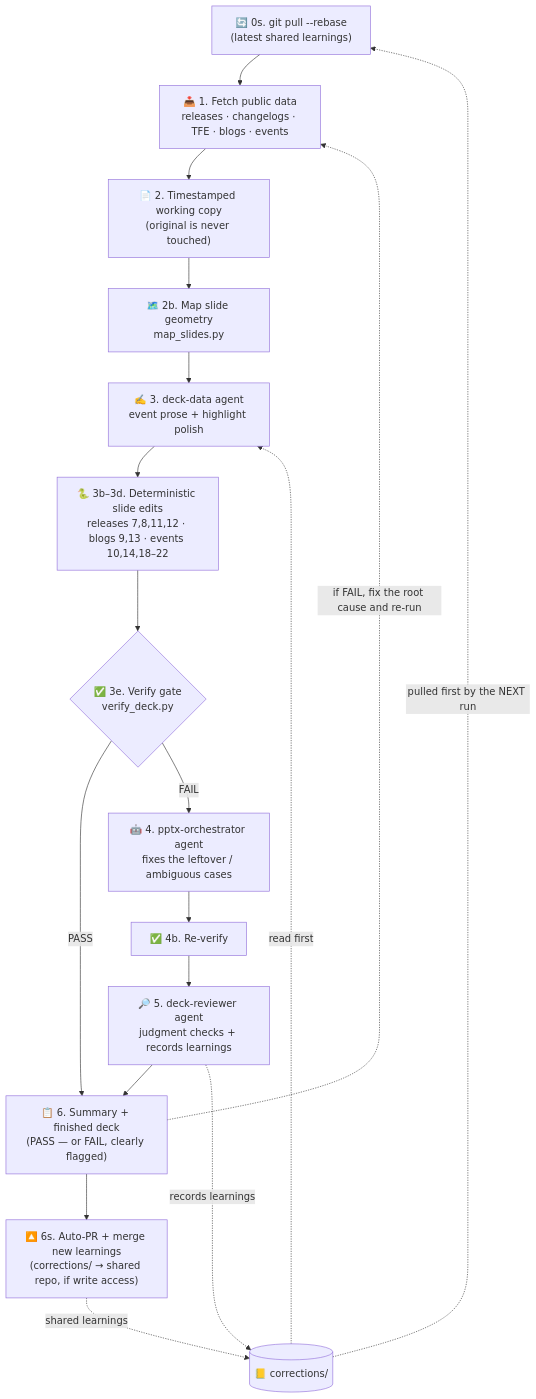
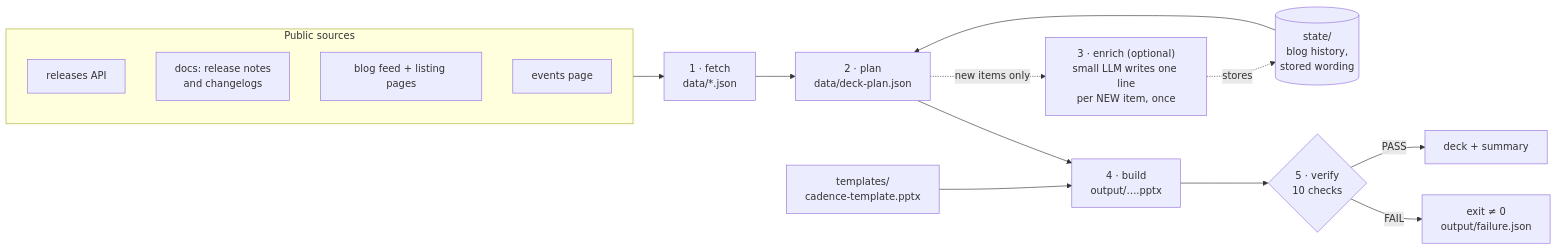
The diagram in README.md (nikitastetskiy/agentic-clm), drawn with Mermaid before and after one commit. The commit also changed other lines of this file and 78 other files, not shown here.

First line of the commit message:
Build the weekly deck from scratch, with pipelines and self-heal

````diff
--- a/README.md
+++ b/README.md
@@ -237,20 +74,19 @@
 ```mermaid
-flowchart TD
-    S0["🔄 0s. git pull --rebase<br/>(latest shared learnings)"] --> A["📥 1. Fetch public data<br/>releases · changelogs · TFE · blogs · events"]
-    A --> B["📄 2. Timestamped working copy<br/>(original is never touched)"]
-    B --> C["🗺️ 2b. Map slide geometry<br/>map_slides.py"]
-    C --> D["✍️ 3. deck-data agent<br/>event prose + highlight polish"]
-    D --> E["🐍 3b–3d. Deterministic slide edits<br/>releases 7,8,11,12 · blogs 9,13 · events 10,14,18–22"]
-    E --> F{"✅ 3e. Verify gate<br/>verify_deck.py"}
-    F -->|PASS| Z["📋 6. Summary + finished deck<br/>(PASS — or FAIL, clearly flagged)"]
-    F -->|FAIL| G["🤖 4. pptx-orchestrator agent<br/>fixes the leftover / ambiguous cases"]
-    G --> H["✅ 4b. Re-verify"]
-    H --> R["🔎 5. deck-reviewer agent<br/>judgment checks + records learnings"]
-    R --> Z
-    R -. records learnings .-> L[("📒 corrections/")]
-    Z --> S6["🔼 6s. Auto-PR + merge new learnings<br/>(corrections/ → shared repo, if write access)"]
-    S6 -. shared learnings .-> L
-    L -. pulled first by the NEXT run .-> S0
-    L -. read first .-> D
-    Z -. if FAIL, fix the root cause and re-run .-> A
+flowchart LR
+    subgraph src [Public sources]
+      A1[releases API]
+      A2[docs: release notes<br/>and changelogs]
+      A3[blog feed + listing pages]
+      A4[events page]
+    end
+    src --> F["1 · fetch<br/>data/*.json"]
+    F --> P["2 · plan<br/>data/deck-plan.json"]
+    S[("state/<br/>blog history,<br/>stored wording")] --> P
+    P -. "new items only" .-> E["3 · enrich (optional)<br/>small LLM writes one line<br/>per NEW item, once"]
+    E -. stores .-> S
+    T["templates/<br/>cadence-template.pptx"] --> B
+    P --> B["4 · build<br/>output/….pptx"]
+    B --> V{"5 · verify<br/>10 checks"}
+    V -->|PASS| O["deck + summary"]
+    V -->|FAIL| X["exit ≠ 0<br/>output/failure.json"]
 ```
````
